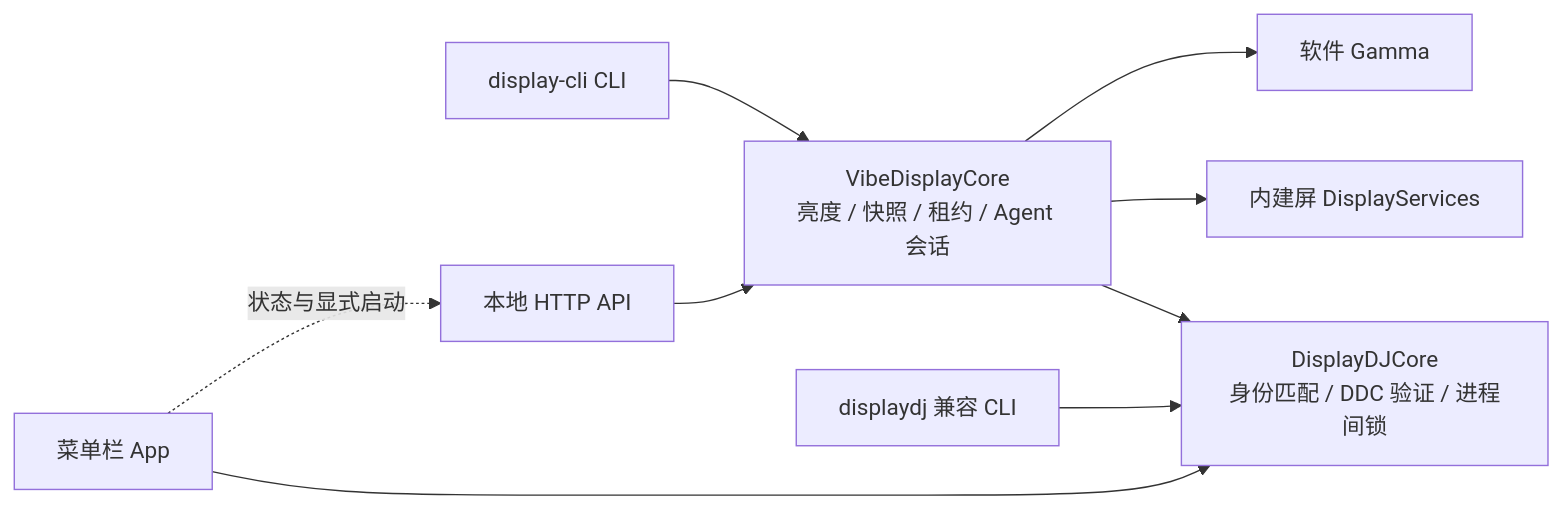
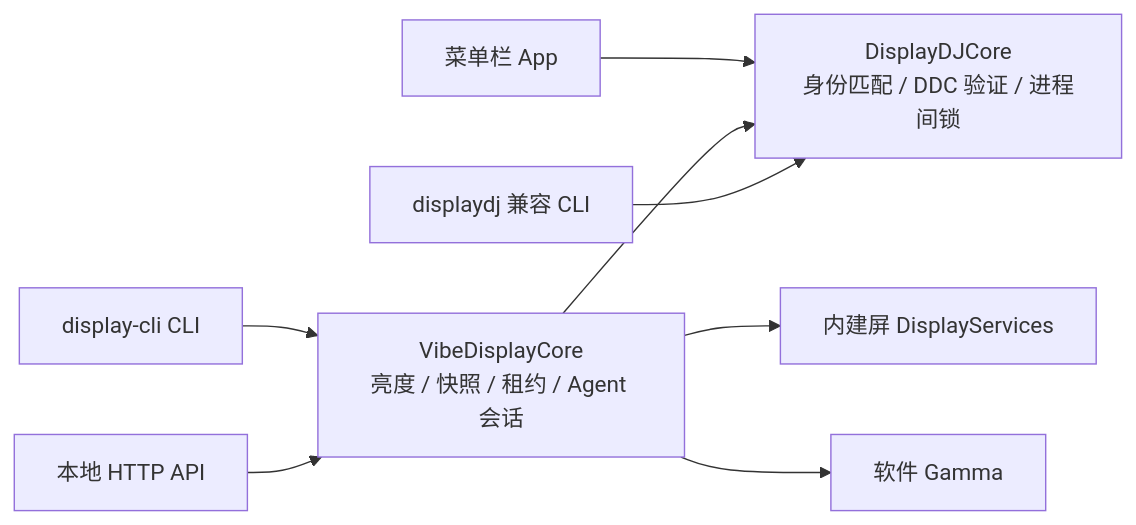
One commit to hellowmq/displaydj changed the diagram in README.md. Above: the diagram before and after it, drawn with Mermaid. The commit also changed other lines of this file and 51 other files, not shown here.

````diff
--- a/README.md
+++ b/README.md
@@ -70,11 +107,10 @@
 ```mermaid
 flowchart LR
     App[菜单栏 App] --> DDC[DisplayDJCore\n身份匹配 / DDC 验证 / 进程间锁]
     CLI[display-cli CLI] --> Core[VibeDisplayCore\n亮度 / 快照 / 租约 / Agent 会话]
     HTTP[本地 HTTP API] --> Core
     Core --> DDC
     Core --> Native[内建屏 DisplayServices]
     Core --> Gamma[软件 Gamma]
-    App -. 状态与显式启动 .-> HTTP
     Legacy[displaydj 兼容 CLI] --> DDC
 ```
````
